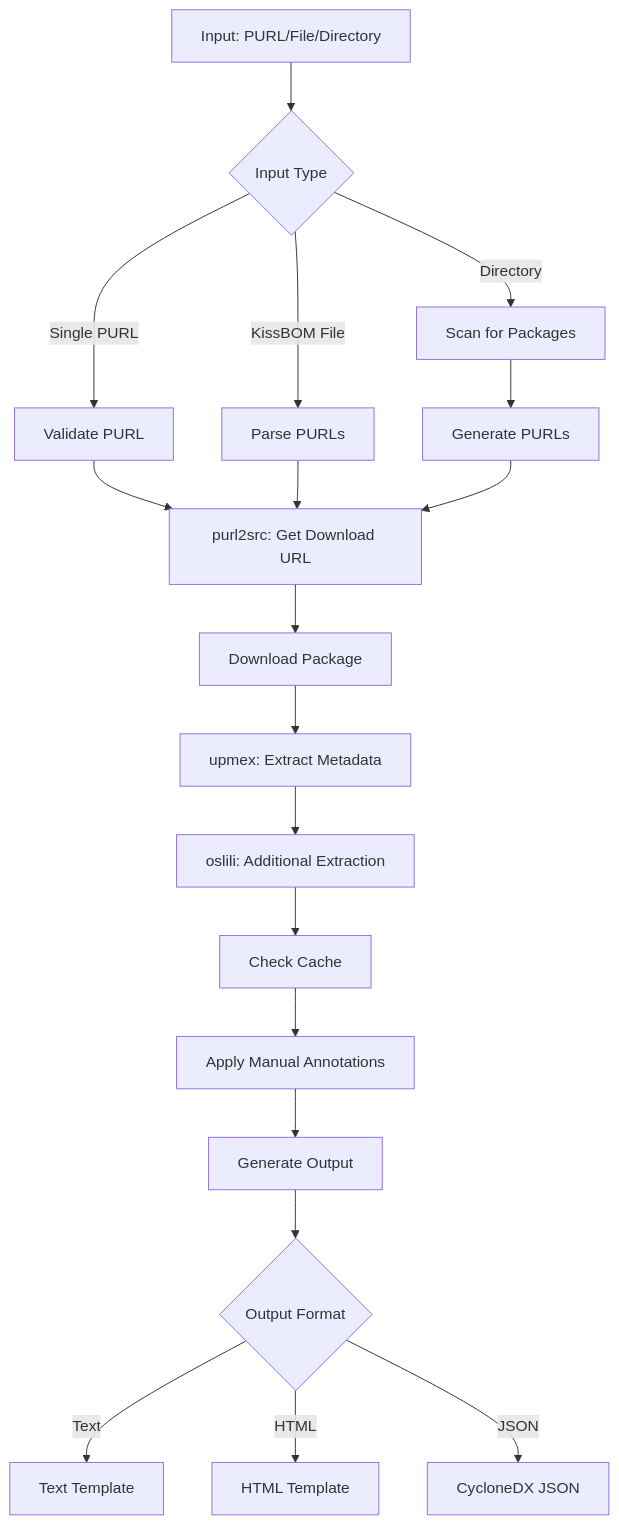
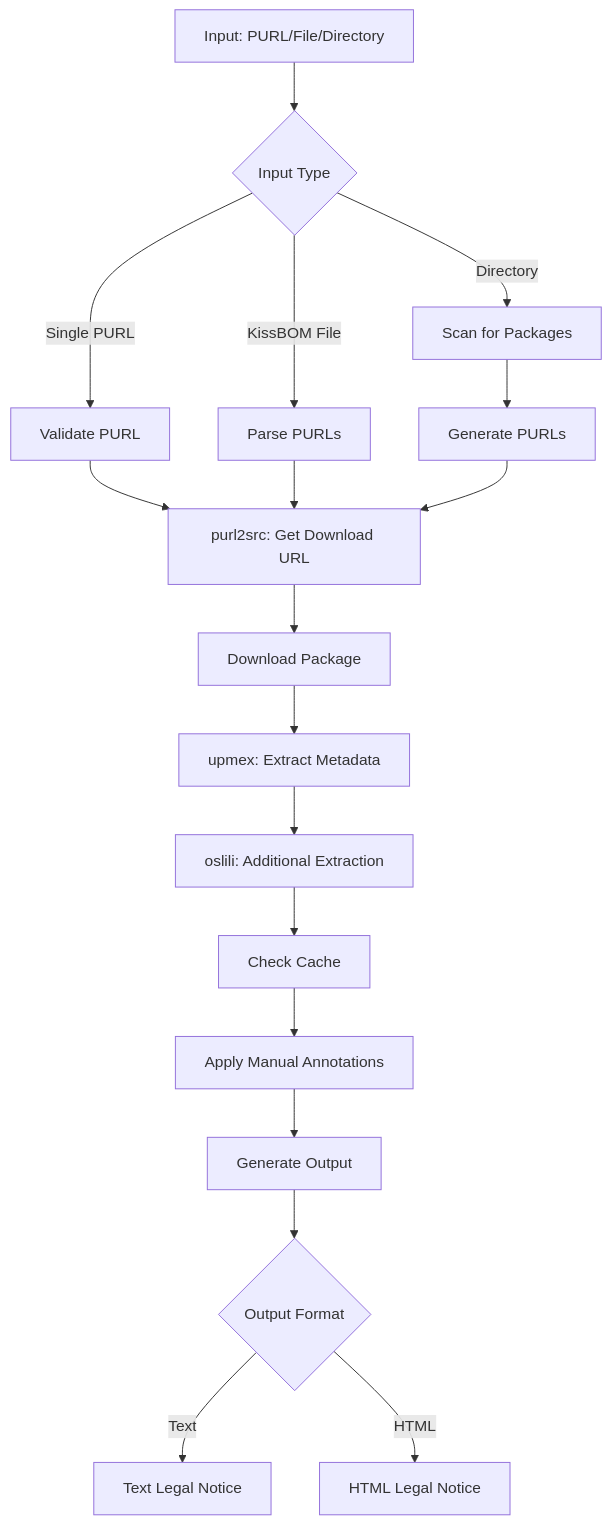
The diagram in TOOL_SPEC.md (SemClone/purl2notices), drawn with Mermaid before and after one commit. The commit also changed other lines of this file, not shown here.

````diff
--- a/TOOL_SPEC.md
+++ b/TOOL_SPEC.md
@@ -49,24 +49,23 @@
 ```mermaid
 graph TD
     A[Input: PURL/File/Directory] --> B{Input Type}
     B -->|Single PURL| C[Validate PURL]
     B -->|KissBOM File| D[Parse PURLs]
     B -->|Directory| E[Scan for Packages]
     
     C --> F[purl2src: Get Download URL]
     D --> F
     E --> G[Generate PURLs]
     G --> F
     
     F --> H[Download Package]
     H --> I[upmex: Extract Metadata]
     I --> J[oslili: Additional Extraction]
     J --> K[Check Cache]
     K --> L[Apply Manual Annotations]
     L --> M[Generate Output]
     
     M --> N{Output Format}
-    N -->|Text| O[Text Template]
-    N -->|HTML| P[HTML Template]
-    N -->|JSON| Q[CycloneDX JSON]
+    N -->|Text| O[Text Legal Notice]
+    N -->|HTML| P[HTML Legal Notice]
 ```
````
